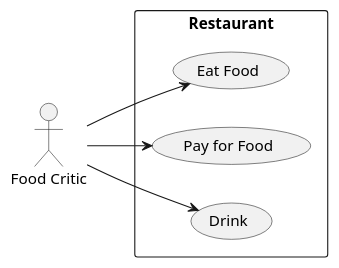
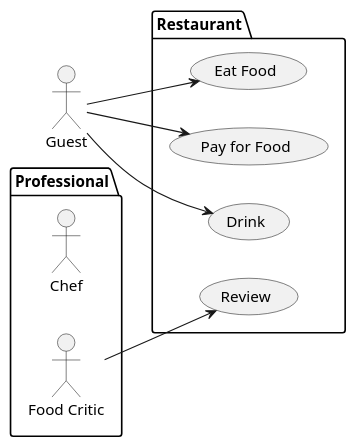
One commit to ucbg6/prueba-docs changed the diagram in docs/diagrama1.puml. Above: the diagram before and after it, drawn with PlantUML. The commit also changed 1 other file, not shown here.

Commit message:
Import external diagram

```diff
--- a/docs/diagrama1.puml
+++ b/docs/diagrama1.puml
@@ -1,12 +1,18 @@
 @startuml
 left to right direction
+actor Guest as g
+package Professional {
+actor Chef as c
 actor "Food Critic" as fc
-rectangle Restaurant {
+}
+package Restaurant {
 usecase "Eat Food" as UC1
 usecase "Pay for Food" as UC2
 usecase "Drink" as UC3
+usecase "Review" as UC4
 }
-fc --> UC1
-fc --> UC2
-fc --> UC3
+fc --> UC4
+g --> UC1
+g --> UC2
+g --> UC3
 @enduml
```
